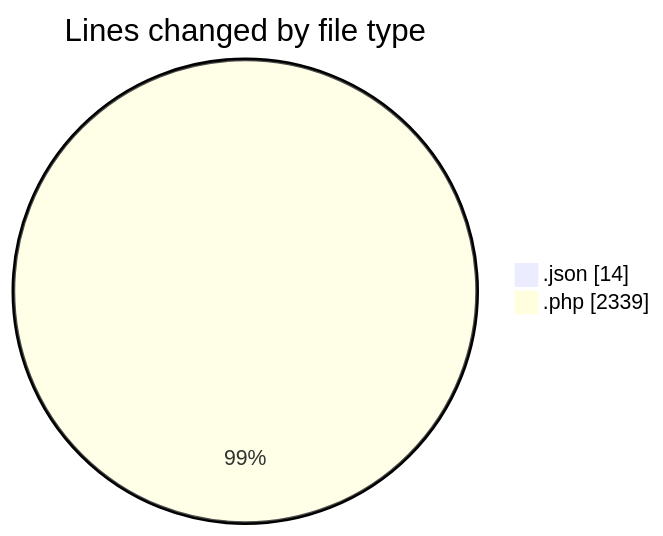
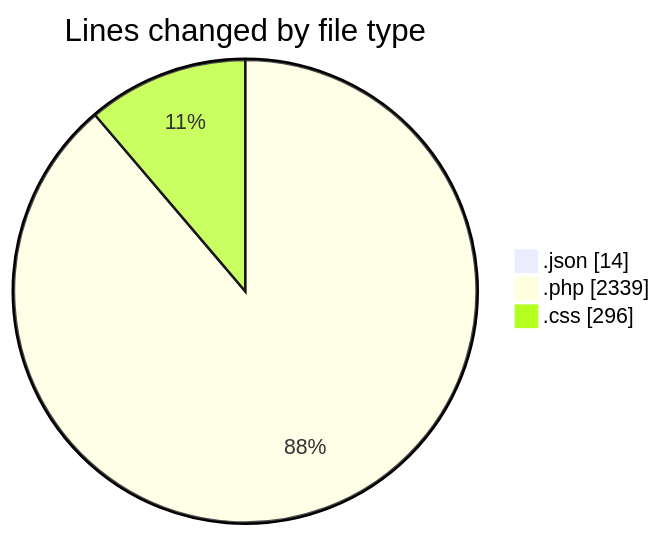
One commit to debugP/code-tracking changed the first of 2 diagrams in 2026-07-31/untitled__workspace_/README.md. Above: the diagram before and after it, drawn with Mermaid. The commit also changed other lines of this file and 1 other file, not shown here.

````diff
--- a/2026-07-31/untitled__workspace_/README.md
+++ b/2026-07-31/untitled__workspace_/README.md
@@ -22,6 +23,7 @@
 ```mermaid
 pie showData
 title Lines changed by file type
 ".json" : 14
 ".php" : 2339
+".css" : 296
 ```
````
